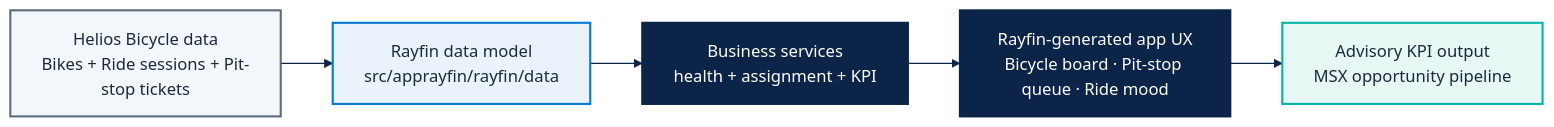
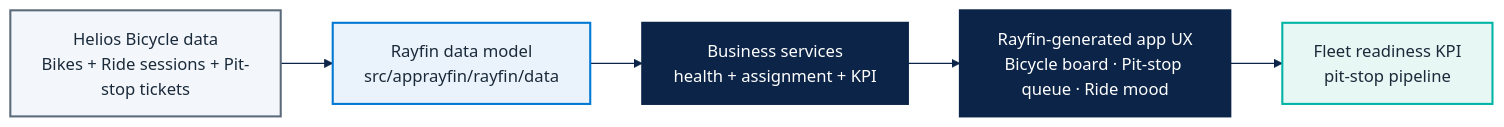
One commit to fredgis/FY27FabricMotion changed the fourth of 4 diagrams in docs/microhack-1-business-apps-solution.md. Above: the diagram before and after it, drawn with Mermaid. The commit also changed other lines of this file and 10 other files, not shown here.

First line of the commit message:
microhack-1: replace sales funnel KPI with a bike fleet-readiness KPI + add teardown/redeploy annex

````diff
--- a/docs/microhack-1-business-apps-solution.md
+++ b/docs/microhack-1-business-apps-solution.md
@@ -291,19 +291,19 @@
 ```mermaid
 %%{init: {'theme':'base','themeVariables':{
   'primaryColor':'#EAF3FB','primaryTextColor':'#1B2A3A',
   'primaryBorderColor':'#0078D4','lineColor':'#0B2447','secondaryColor':'#E6F7F4'
 }}}%%
 flowchart LR
     D["Helios Bicycle data<br/>Bikes + Ride sessions + Pit-stop tickets"] --> M["Rayfin data model<br/>src/apprayfin/rayfin/data"]
     M --> S["Business services<br/>health + assignment + KPI"]
     S --> U["Rayfin-generated app UX<br/>Bicycle board · Pit-stop queue · Ride mood"]
-    U --> K["Advisory KPI output<br/>MSX opportunity pipeline"]
+    U --> K["Fleet readiness KPI<br/>pit-stop pipeline"]
     classDef data fill:#F3F7FB,stroke:#5B6B7B,color:#1B2A3A,stroke-width:2px;
     classDef model fill:#EAF3FB,stroke:#0078D4,color:#1B2A3A,stroke-width:2px;
     classDef service fill:#0B2447,stroke:#0B2447,color:#FFFFFF,stroke-width:2px;
     classDef outcome fill:#E6F7F4,stroke:#00B4A6,color:#1B2A3A,stroke-width:2px;
     class D data;
     class M model;
     class S,U service;
     class K outcome;
 ```
````
